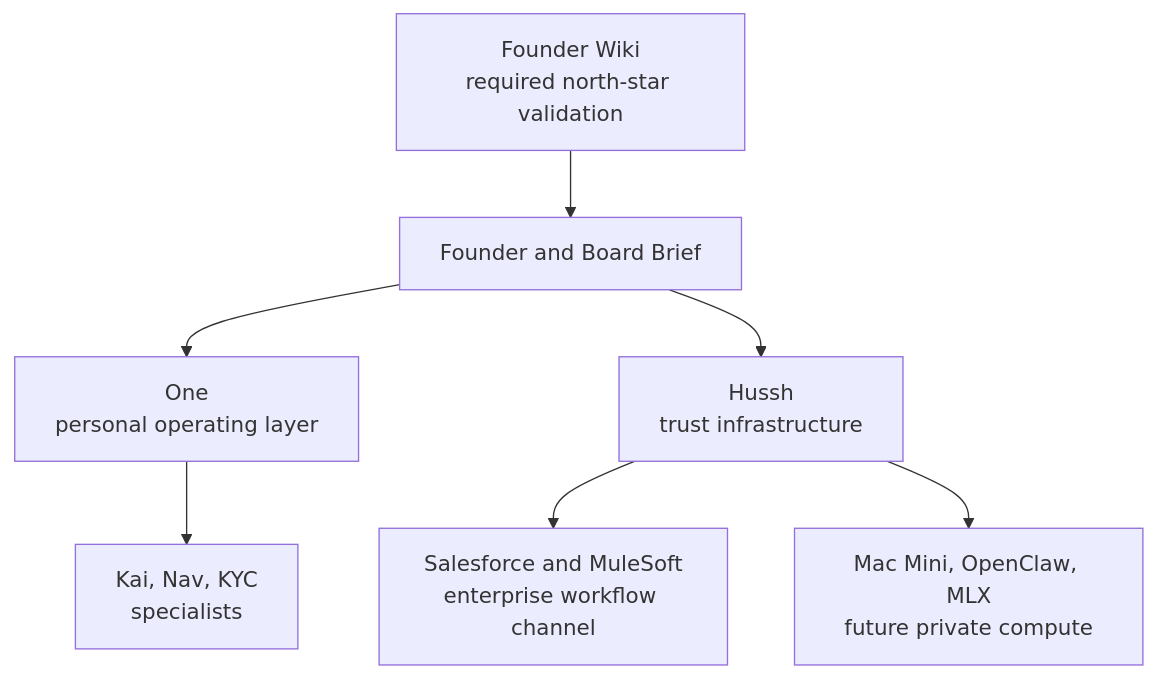
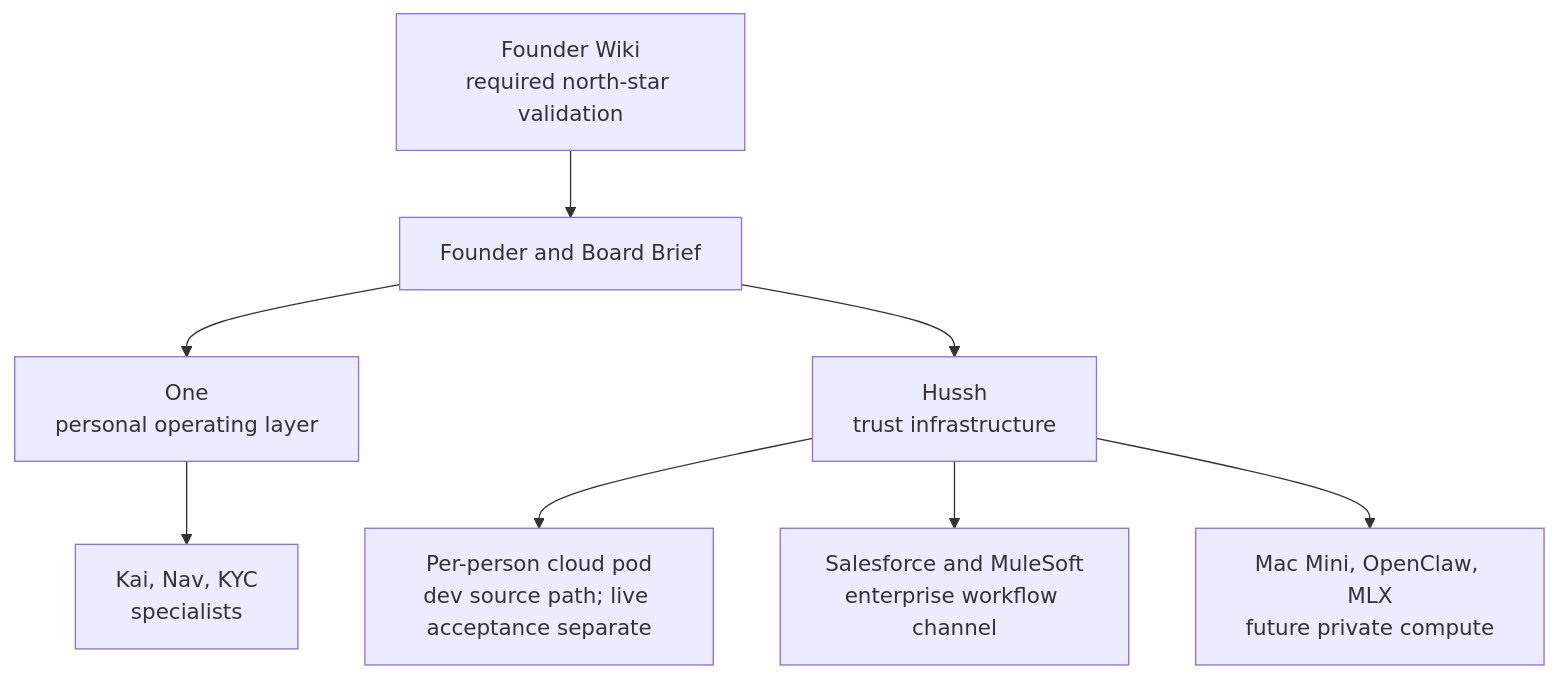
One commit to hushh-labs/hushh-research changed the diagram in docs/future/hussh-one-infra/founder-board-brief.md. Above: the diagram before and after it, drawn with Mermaid. The commit also changed other lines of this file and 6 other files, not shown here.

Commit message:
docs: review founder and CTO architecture diagrams

````diff
--- a/docs/future/hussh-one-infra/founder-board-brief.md
+++ b/docs/future/hussh-one-infra/founder-board-brief.md
@@ -7,17 +7,21 @@
 ```mermaid
 flowchart TD
+  accTitle: Founder and board architecture map
+  accDescr: Hussh trust, private agent, dev pod, and future partner and local compute lanes.
   root["Founder and Board Brief"]
   one["One<br/>personal operating layer"]
   trust["Hussh<br/>trust infrastructure"]
+  devPod["Per-person cloud pod<br/>dev source path; live acceptance separate"]
   specialists["Kai, Nav, KYC<br/>specialists"]
   enterprise["Salesforce and MuleSoft<br/>enterprise workflow channel"]
   privateCompute["Mac Mini, OpenClaw, MLX<br/>future private compute"]
   wiki["Founder Wiki<br/>required north-star validation"]
 
   root --> one
   one --> specialists
   root --> trust
+  trust --> devPod
   trust --> enterprise
   trust --> privateCompute
   wiki --> root
 ```
````
